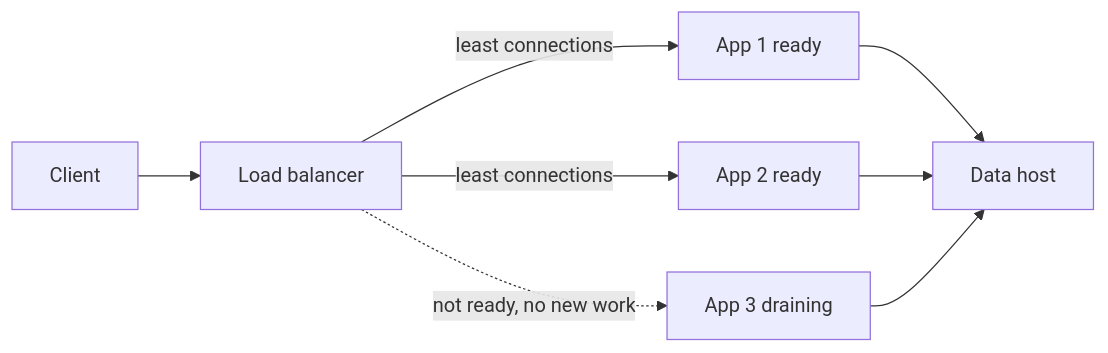
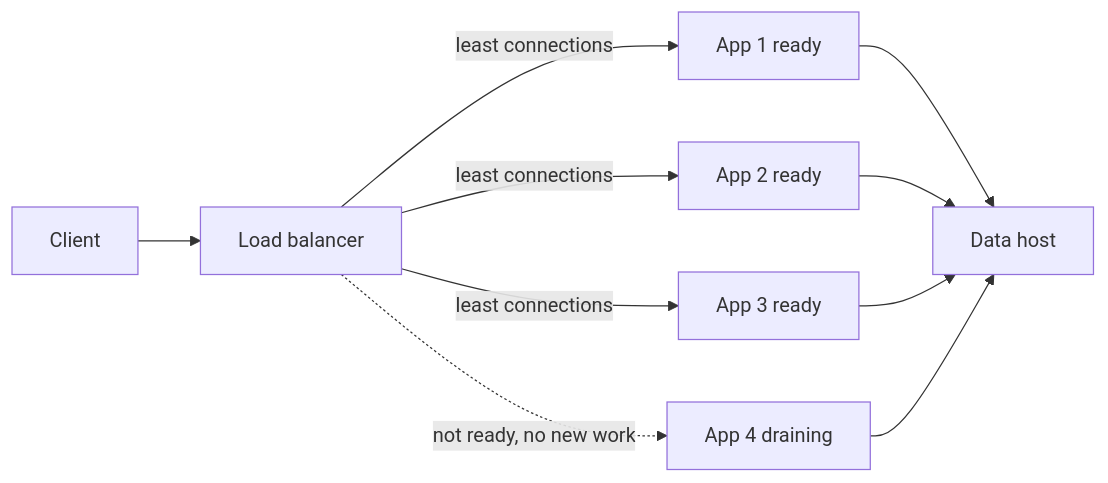
The first of 2 diagrams in days/09-load-balancing-and-draining.md (arunveersingh/faang-system-design-90-days), drawn with Mermaid before and after one commit. The commit also changed other lines of this file and 22 other files, not shown here.

First line of the commit message:
Fix Phase 2 process math, day 28 spoilers, and mermaid rendering.

````diff
--- a/days/09-load-balancing-and-draining.md
+++ b/days/09-load-balancing-and-draining.md
@@ -105,10 +103,12 @@
 ```mermaid
 flowchart LR
   client[Client] --> lb[Load balancer]
   lb -->|least connections| a1[App 1 ready]
   lb -->|least connections| a2[App 2 ready]
-  lb -.->|not ready, no new work| a3[App 3 draining]
+  lb -->|least connections| a3[App 3 ready]
+  lb -.->|not ready, no new work| a4[App 4 draining]
   a1 --> data[Data host]
   a2 --> data
   a3 --> data
+  a4 --> data
 ```
````
